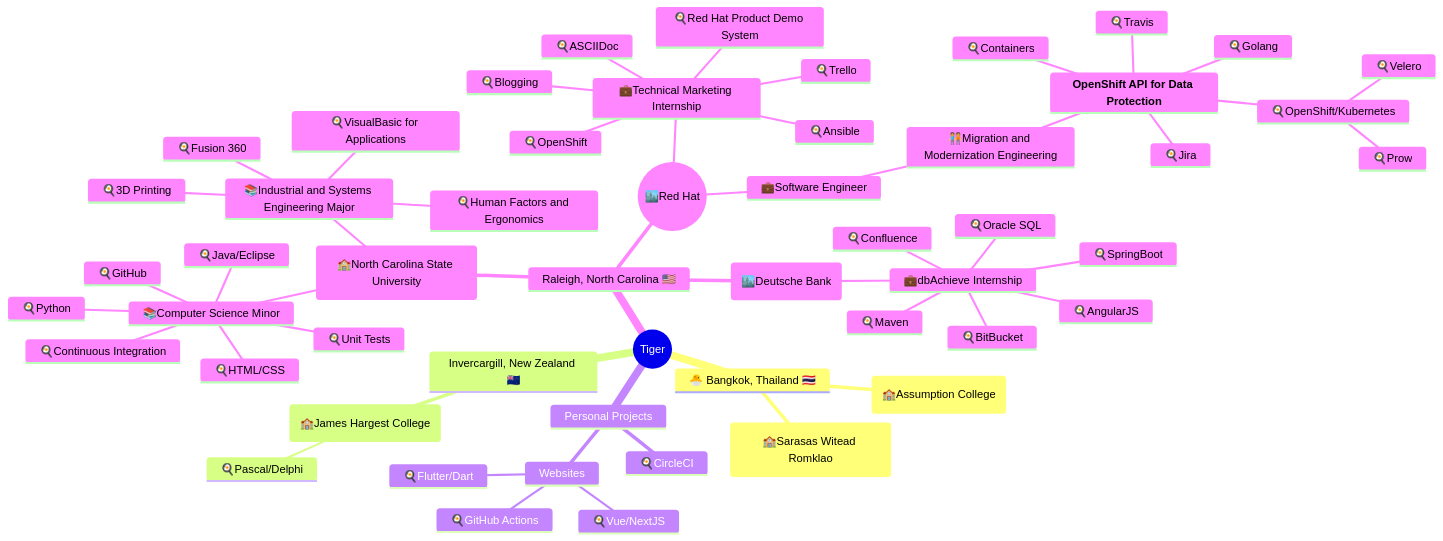
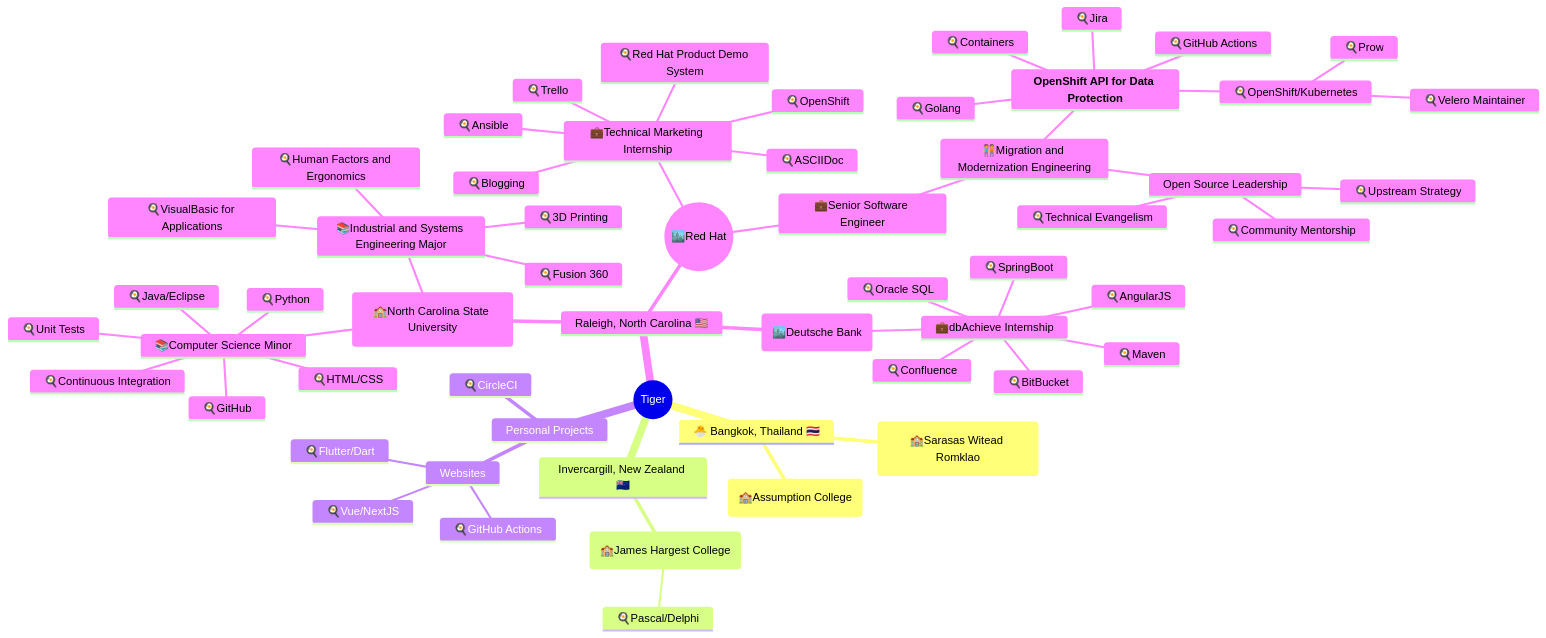
Before and after one commit to kaovilai/kaovilai: the diagram in README.md, drawn with Mermaid. The commit also changed other lines of this file, not shown here.

````diff
--- a/README.md
+++ b/README.md
@@ -23,56 +23,60 @@
 ```mermaid
 mindmap
   root((Tiger))
     🐣 Bangkok, Thailand 🇹🇭
         (🏫Sarasas Witead Romklao)
         (🏫Assumption College)
     Invercargill, New Zealand 🇳🇿
         (🏫James Hargest College)
             🍳Pascal/Delphi
     Personal Projects
         Websites
             🍳Flutter/Dart
             🍳Vue/NextJS
             🍳GitHub Actions
         🍳CircleCI
     Raleigh, North Carolina 🇺🇸
         (🏫North Carolina State University)
             📚Computer Science Minor
                 🍳Java/Eclipse
                 🍳Python
                 🍳Unit Tests
                 🍳Continuous Integration
                 🍳HTML/CSS
                 🍳GitHub
             📚Industrial and Systems Engineering Major
                 🍳Human Factors and Ergonomics
                 🍳VisualBasic for Applications
                 🍳Fusion 360
                 🍳3D Printing
         ((🏙️Red Hat))
             💼Technical Marketing Internship
                 🍳Red Hat Product Demo System
                 🍳ASCIIDoc
                 🍳OpenShift
                 🍳Blogging
                 🍳Ansible
                 🍳Trello
-           💼Software Engineer
+           💼Senior Software Engineer
                 🧑‍🤝‍🧑Migration and Modernization Engineering
                     **OpenShift API for Data Protection**
                         🍳Golang
                         🍳Containers
                         🍳OpenShift/Kubernetes
                             🍳Prow
-                            🍳Velero
+                            🍳Velero Maintainer
                         🍳Jira
-                        🍳Travis
+                        🍳GitHub Actions
+                    Open Source Leadership
+                        🍳Community Mentorship
+                        🍳Upstream Strategy
+                        🍳Technical Evangelism
         (🏙️Deutsche Bank)
             💼dbAchieve Internship
                 🍳SpringBoot
                 🍳Maven
                 🍳Confluence
                 🍳Oracle SQL
                 🍳AngularJS
                 🍳BitBucket
 ```
````
